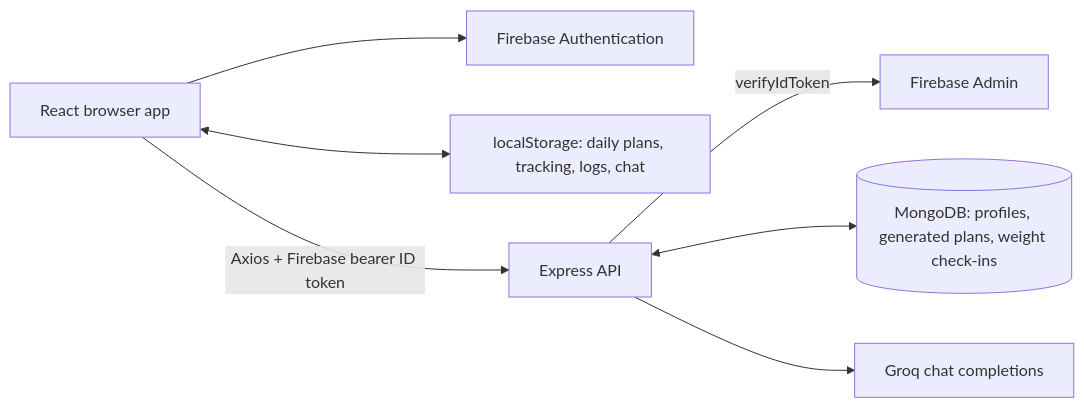
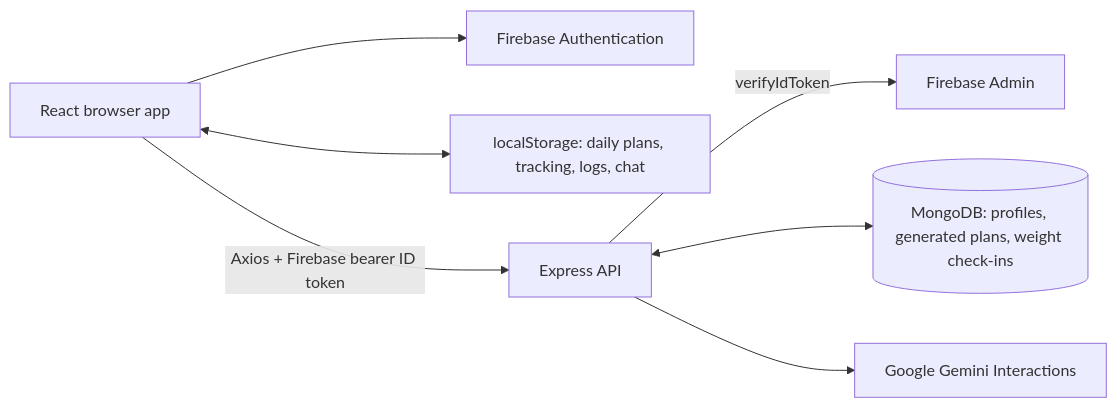
Before and after one commit to Dravingupta/Ai-guruji: the diagram in docs/ARCHITECTURE.md, drawn with Mermaid. The commit also changed other lines of this file and 66 other files, not shown here.

Commit message:
feat: integrate Google Gemini AI service and add comprehensive nutrition tracking features

````diff
--- a/docs/ARCHITECTURE.md
+++ b/docs/ARCHITECTURE.md
@@ -57,9 +65,9 @@
 ```mermaid
 flowchart LR
     UI[React browser app] --> FA[Firebase Authentication]
     UI <--> LS[localStorage: daily plans, tracking, logs, chat]
     UI -->|Axios + Firebase bearer ID token| API[Express API]
     API -->|verifyIdToken| ADM[Firebase Admin]
     API <--> DB[(MongoDB: profiles, generated plans, weight check-ins)]
-    API --> AI[Groq chat completions]
+    API --> AI[Google Gemini Interactions]
 ```
````
